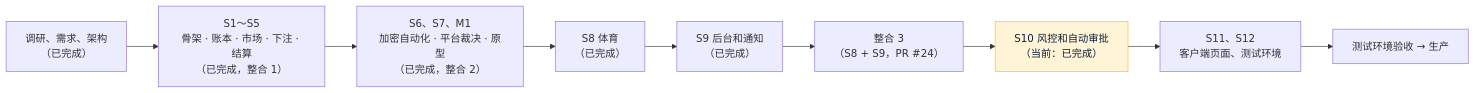
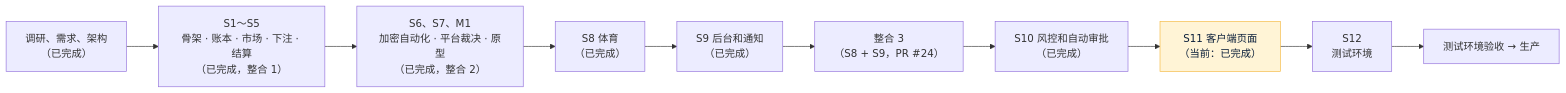
One commit to dollar3651314/forecast changed the diagram in 项目地图.md. Above: the diagram before and after it, drawn with Mermaid. The commit also changed other lines of this file and 106 other files, not shown here.

````diff
--- a/项目地图.md
+++ b/项目地图.md
@@ -11,5 +11,5 @@
 ```mermaid
 flowchart LR
-    R["调研、需求、架构<br/>（已完成）"] --> S1["S1～S5<br/>骨架 · 账本 · 市场 · 下注 · 结算<br/>（已完成，整合 1）"] --> S6["S6、S7、M1<br/>加密自动化 · 平台裁决 · 原型<br/>（已完成，整合 2）"] --> S8["S8 体育<br/>（已完成）"] --> S9["S9 后台和通知<br/>（已完成）"] --> INT["整合 3<br/>（S8 + S9，PR #24）"] --> S10["S10 风控和自动审批<br/>（当前：已完成）"]:::now --> S11["S11、S12<br/>客户端页面、测试环境"] --> T["测试环境验收 → 生产"]
+    R["调研、需求、架构<br/>（已完成）"] --> S1["S1～S5<br/>骨架 · 账本 · 市场 · 下注 · 结算<br/>（已完成，整合 1）"] --> S6["S6、S7、M1<br/>加密自动化 · 平台裁决 · 原型<br/>（已完成，整合 2）"] --> S8["S8 体育<br/>（已完成）"] --> S9["S9 后台和通知<br/>（已完成）"] --> INT["整合 3<br/>（S8 + S9，PR #24）"] --> S10["S10 风控和自动审批<br/>（已完成）"] --> S11["S11 客户端页面<br/>（当前：已完成）"]:::now --> S12["S12<br/>测试环境"] --> T["测试环境验收 → 生产"]
     classDef now fill:#FFF4D6,stroke:#F5B83D,color:#0B1F3A
 ```
````
